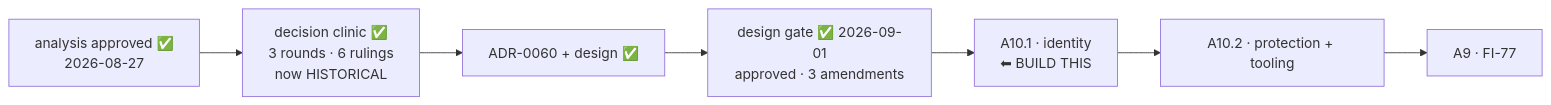
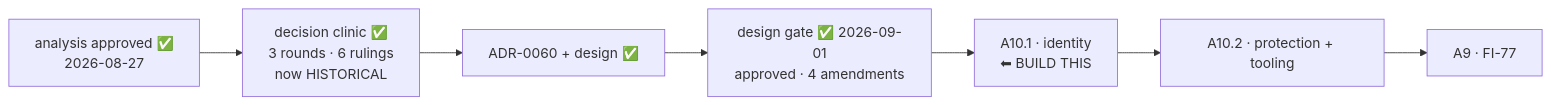
One commit to alergyonthestage/claude-orchestrator changed the diagram in docs/maintainers/handoff.md. Above: the diagram before and after it, drawn with Mermaid. The commit also changed other lines of this file and 3 other files, not shown here.

````diff
--- a/docs/maintainers/handoff.md
+++ b/docs/maintainers/handoff.md
@@ -16,9 +16,9 @@
 ```mermaid
 flowchart LR
     AN["analysis approved ✅<br/>2026-08-27"] --> CL["decision clinic ✅<br/>3 rounds · 6 rulings<br/>now HISTORICAL"]
     CL --> ADR["ADR-0060 + design ✅"]
-    ADR --> GATE["design gate ✅ 2026-09-01<br/>approved · 3 amendments"]
+    ADR --> GATE["design gate ✅ 2026-09-01<br/>approved · 4 amendments"]
     GATE --> A101["A10.1 · identity<br/>⬅ BUILD THIS"]
     A101 --> A102["A10.2 · protection + tooling"]
     A102 --> A9["A9 · FI-77"]
 ```
````
